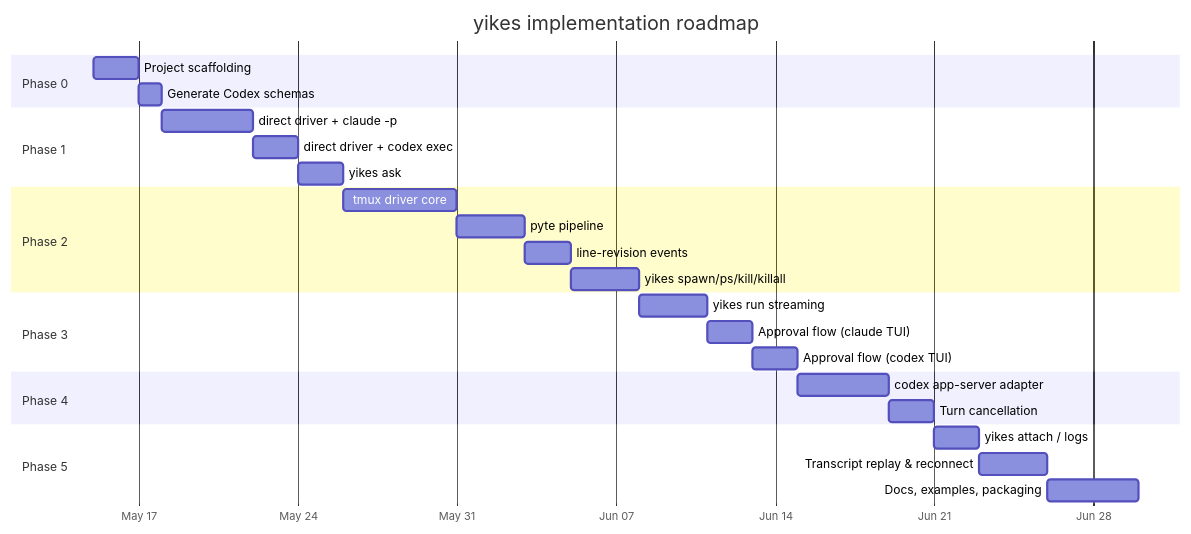
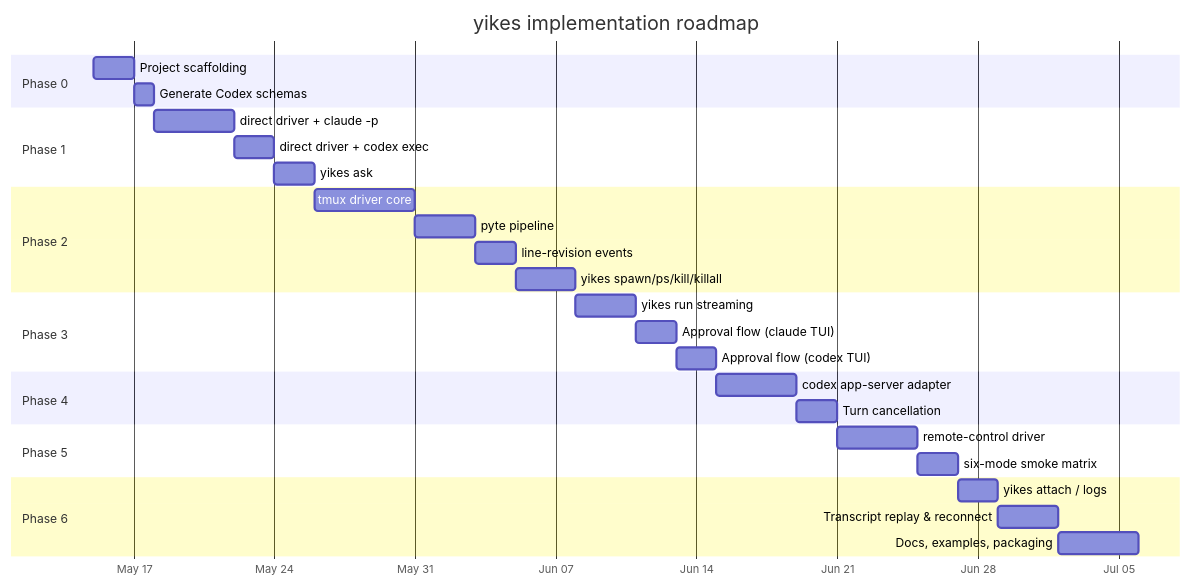
One commit to Alyxion/yikes changed the diagram in docs/roadmap.md. Above: the diagram before and after it, drawn with Mermaid. The commit also changed other lines of this file and 9 other files, not shown here.

````diff
--- a/docs/roadmap.md
+++ b/docs/roadmap.md
@@ -7,29 +7,32 @@
 ```mermaid
 gantt
     title yikes implementation roadmap
     dateFormat YYYY-MM-DD
     axisFormat %b %d
     section Phase 0
     Project scaffolding           :p0a, 2026-05-15, 2d
     Generate Codex schemas        :p0b, after p0a, 1d
     section Phase 1
     direct driver + claude -p     :p1a, after p0b, 4d
     direct driver + codex exec    :p1b, after p1a, 2d
     yikes ask                     :p1c, after p1b, 2d
     section Phase 2
     tmux driver core              :p2a, after p1c, 5d
     pyte pipeline                 :p2b, after p2a, 3d
     line-revision events          :p2c, after p2b, 2d
     yikes spawn/ps/kill/killall   :p2d, after p2c, 3d
     section Phase 3
     yikes run streaming           :p3a, after p2d, 3d
     Approval flow (claude TUI)    :p3b, after p3a, 2d
     Approval flow (codex TUI)     :p3c, after p3b, 2d
     section Phase 4
     codex app-server adapter      :p4a, after p3c, 4d
     Turn cancellation             :p4b, after p4a, 2d
     section Phase 5
-    yikes attach / logs           :p5a, after p4b, 2d
-    Transcript replay & reconnect :p5b, after p5a, 3d
-    Docs, examples, packaging     :p5c, after p5b, 4d
+    remote-control driver         :p5a, after p4b, 4d
+    six-mode smoke matrix         :p5b, after p5a, 2d
+    section Phase 6
+    yikes attach / logs           :p6a, after p5b, 2d
+    Transcript replay & reconnect :p6b, after p6a, 3d
+    Docs, examples, packaging     :p6c, after p6b, 4d
 ```
````
